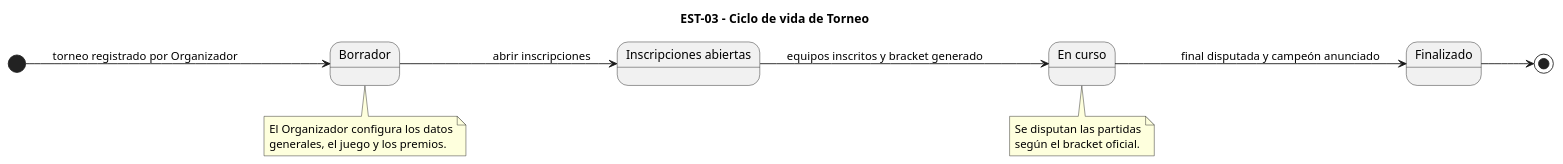
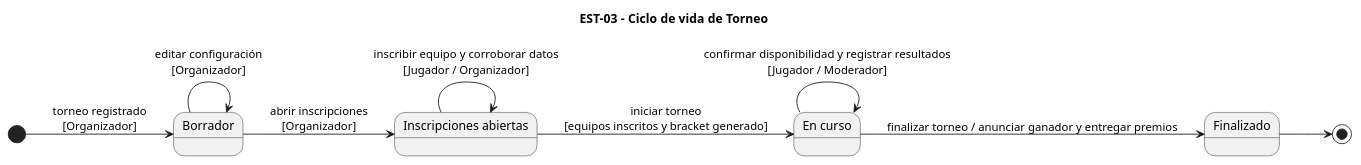
Before and after one commit to E-SportsFocus/Organizacion_de_torneos: the diagram in diagramas/est-03.puml, drawn with PlantUML.

```diff
--- a/diagramas/est-03.puml
+++ b/diagramas/est-03.puml
@@ -1,24 +1,22 @@
 @startuml est-03
 title EST-03 - Ciclo de vida de Torneo
 left to right direction
 
-[*] --> Borrador : torneo registrado por Organizador
-
-Borrador --> InscripcionesAbiertas : abrir inscripciones
-InscripcionesAbiertas --> EnCurso : equipos inscritos y bracket generado
-EnCurso --> Finalizado : final disputada y campeón anunciado
-Finalizado --> [*]
-
+state "Borrador" as Borrador
 state "Inscripciones abiertas" as InscripcionesAbiertas
 state "En curso" as EnCurso
+state "Finalizado" as Finalizado
 
-note bottom of Borrador
-  El Organizador configura los datos
-  generales, el juego y los premios.
-end note
+[*] --> Borrador : torneo registrado\n[Organizador]
 
-note bottom of EnCurso
-  Se disputan las partidas
-  según el bracket oficial.
-end note
+Borrador --> Borrador : editar configuración\n[Organizador]
+Borrador --> InscripcionesAbiertas : abrir inscripciones\n[Organizador]
+
+InscripcionesAbiertas --> InscripcionesAbiertas : inscribir equipo y corroborar datos\n[Jugador / Organizador]
+InscripcionesAbiertas --> EnCurso : iniciar torneo\n[equipos inscritos y bracket generado]
+
+EnCurso --> EnCurso : confirmar disponibilidad y registrar resultados\n[Jugador / Moderador]
+EnCurso --> Finalizado : finalizar torneo / anunciar ganador y entregar premios
+
+Finalizado --> [*]
 @enduml
```
